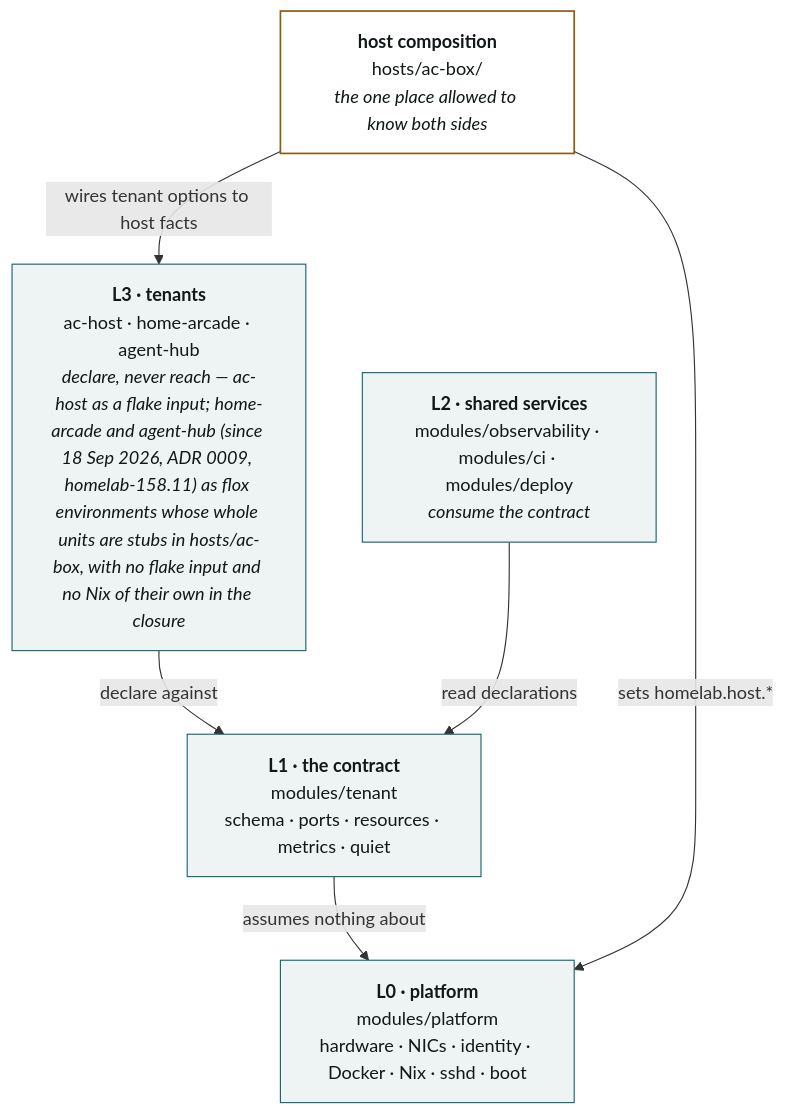
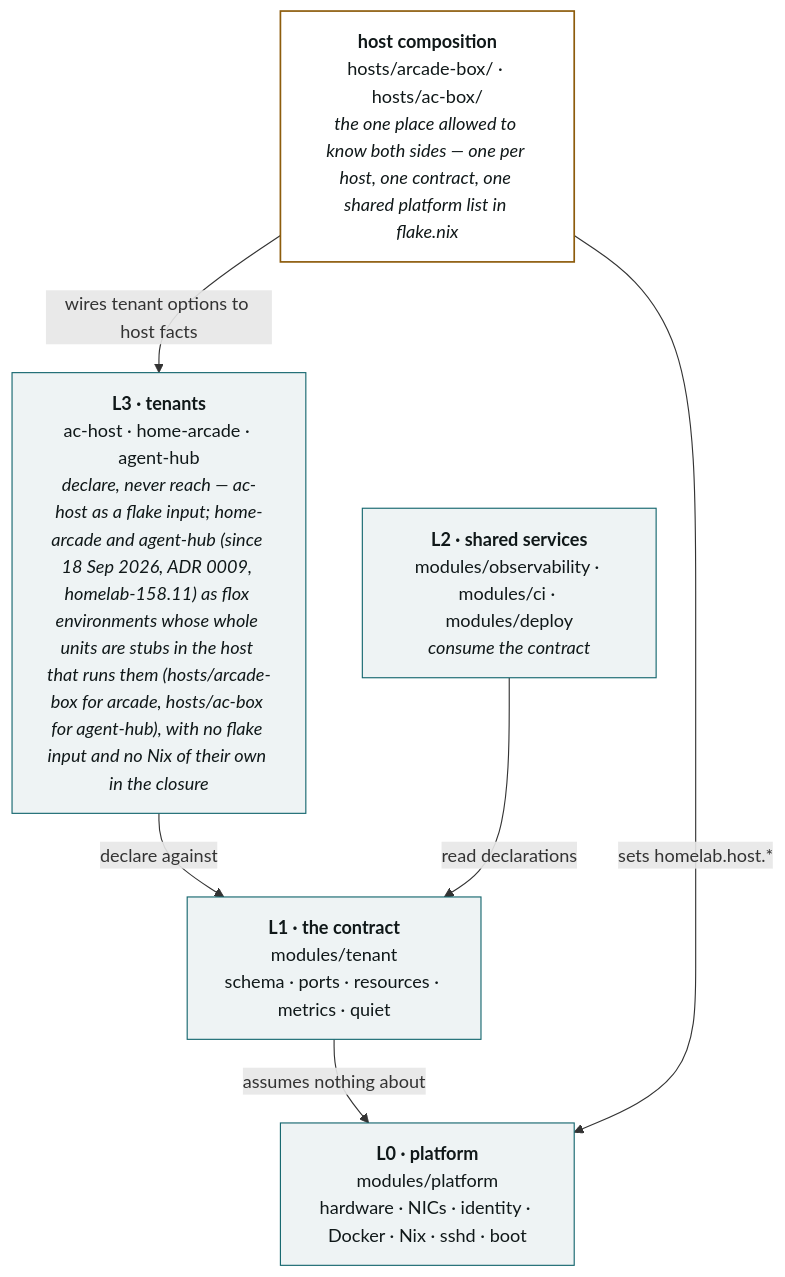
Before and after one commit to imkarrer/homelab: the first of 5 diagrams in docs/architecture.md, drawn with Mermaid. The commit also changed other lines of this file and 5 other files, not shown here.

````diff
--- a/docs/architecture.md
+++ b/docs/architecture.md
@@ -31,19 +31,19 @@
 ```mermaid
 flowchart TD
-    L3["<b>L3 · tenants</b><br/>ac-host · home-arcade · agent-hub<br/><i>declare, never reach — ac-host as a flake input; home-arcade and agent-hub (since 18 Sep 2026, ADR 0009, homelab-158.11) as flox environments whose whole units are stubs in hosts/ac-box, with no flake input and no Nix of their own in the closure</i>"]
+    L3["<b>L3 · tenants</b><br/>ac-host · home-arcade · agent-hub<br/><i>declare, never reach — ac-host as a flake input; home-arcade and agent-hub (since 18 Sep 2026, ADR 0009, homelab-158.11) as flox environments whose whole units are stubs in the host that runs them (hosts/arcade-box for arcade, hosts/ac-box for agent-hub), with no flake input and no Nix of their own in the closure</i>"]
     L2["<b>L2 · shared services</b><br/>modules/observability · modules/ci · modules/deploy<br/><i>consume the contract</i>"]
     L1["<b>L1 · the contract</b><br/>modules/tenant<br/>schema · ports · resources · metrics · quiet"]
     L0["<b>L0 · platform</b><br/>modules/platform<br/>hardware · NICs · identity · Docker · Nix · sshd · boot"]
-    HOST["<b>host composition</b><br/>hosts/ac-box/<br/><i>the one place allowed to know both sides</i>"]
+    HOST["<b>host composition</b><br/>hosts/arcade-box/ · hosts/ac-box/<br/><i>the one place allowed to know both sides — one per host, one contract, one shared platform list in flake.nix</i>"]
 
     L3 -- "declare against" --> L1
     L2 -- "read declarations" --> L1
     L1 -- "assumes nothing about" --> L0
     HOST -- "wires tenant options to host facts" --> L3
     HOST -- "sets homelab.host.*" --> L0
 
     classDef layer fill:#eef3f4,stroke:#14666e,stroke-width:1px,color:#101819;
     classDef host fill:#fff,stroke:#8d5c0c,stroke-width:1.5px,color:#101819;
     class L0,L1,L2,L3 layer;
     class HOST host;
 ```
````
